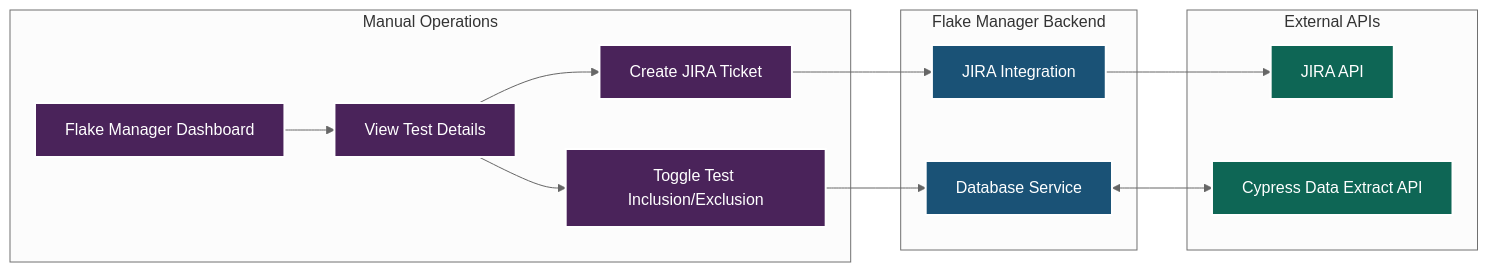
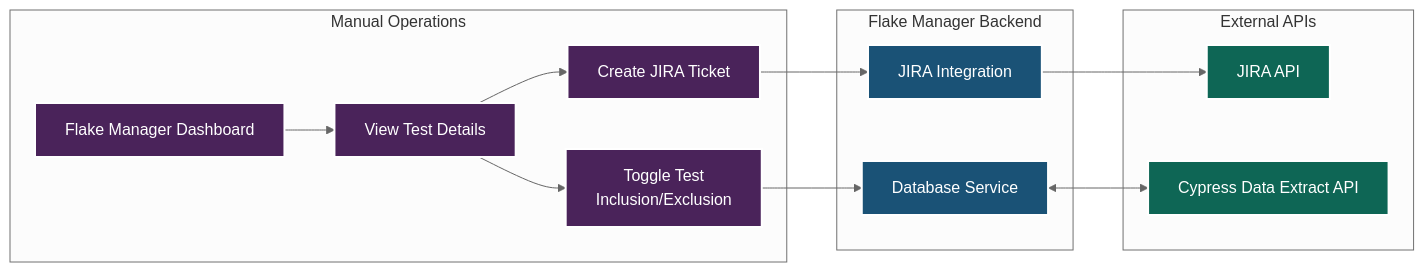
Before and after one commit to malinmalliyawadu/FlakeManager: the third of 3 diagrams in docs/flake-manager-workflow.md, drawn with Mermaid (neutral theme). The commit also changed other lines of this file, not shown here.

First line of the commit message:
Refactor flowchart text formatting in flake-manager workflow documentation

````diff
--- a/docs/flake-manager-workflow.md
+++ b/docs/flake-manager-workflow.md
@@ -94,41 +99,42 @@
 ```mermaid
 flowchart LR
     %% UI operations
     subgraph "Manual Operations"
         ui[Flake Manager Dashboard]
         view[View Test Details]
-        toggle[Toggle Test Inclusion/Exclusion]
+        toggle["Toggle Test
+        Inclusion/Exclusion"]
         createTicket[Create JIRA Ticket]
 
         ui --> view
         view --> toggle
         view --> createTicket
     end
 
     %% Backend services
     subgraph "Flake Manager Backend"
         dbService[Database Service]
         jiraIntegration[JIRA Integration]
     end
 
     %% External integrations
     subgraph "External APIs"
         jiraAPI[JIRA API]
         cypressAPI[Cypress Data Extract API]
     end
 
     %% Flow connections
     toggle --> dbService
     createTicket --> jiraIntegration
     jiraIntegration --> jiraAPI
     dbService <--> cypressAPI
 
     %% Styling - adjusted for dark mode readability
     classDef manual fill:#4a235a,stroke:#ffffff,stroke-width:2px,color:#ffffff
     classDef backend fill:#1a5276,stroke:#ffffff,stroke-width:2px,color:#ffffff
     classDef external fill:#0e6655,stroke:#ffffff,stroke-width:2px,color:#ffffff
 
     class ui,view,toggle,createTicket manual
     class dbService,jiraIntegration backend
     class jiraAPI,cypressAPI external
 ```
````
